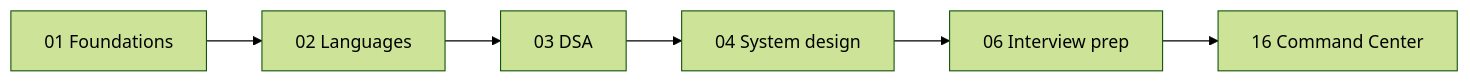
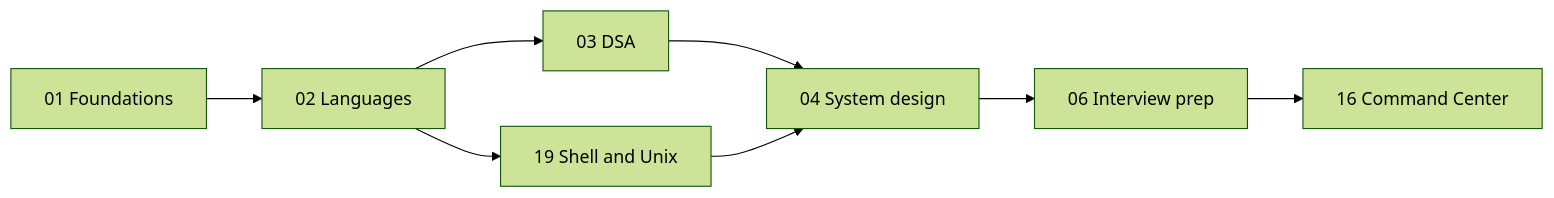
The second of 5 diagrams in 00-Start-Here/Roadmap.md (shreejitverma/SDE-Interview-Prep), drawn with Mermaid (forest theme) before and after one commit. The commit also changed other lines of this file and 429 other files, not shown here.

First line of the commit message:
feat(vault): add 19-Shell-and-Unix-Engineering atomic-notes knowledge base with a cross-shell lab gate (#78)

````diff
--- a/00-Start-Here/Roadmap.md
+++ b/00-Start-Here/Roadmap.md
@@ -51,8 +53,10 @@
 ```mermaid
 flowchart LR
     F["01 Foundations"] --> L["02 Languages"]
     L --> D["03 DSA"]
+    L --> Sh["19 Shell and Unix"]
     D --> S["04 System design"]
+    Sh --> S
     S --> I["06 Interview prep"]
     I --> C["16 Command Center"]
 ```
````
